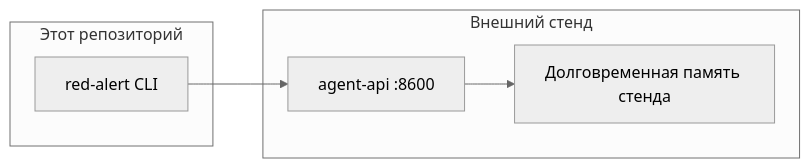
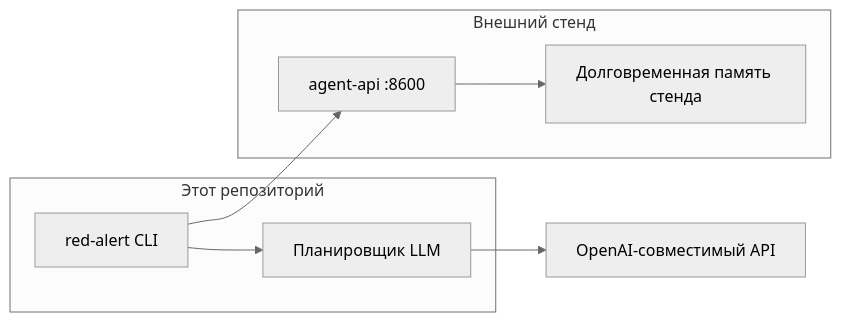
The first of 3 diagrams in ARCHITECTURE.md (catfr0g/red-alert), drawn with Mermaid (neutral theme) before and after one commit. The commit also changed other lines of this file and 36 other files, not shown here.

````diff
--- a/ARCHITECTURE.md
+++ b/ARCHITECTURE.md
@@ -5,12 +5,15 @@
 ```mermaid
 flowchart LR
-    cli[red-alert CLI] --> api["agent-api :8600"]
+    cli[red-alert CLI] --> planner[Планировщик LLM]
+    planner --> llm[OpenAI-совместимый API]
+    cli --> api["agent-api :8600"]
     api --> mem[Долговременная память стенда]
     subgraph redAlert [Этот репозиторий]
         cli
+        planner
     end
     subgraph stand [Внешний стенд]
         api
         mem
     end
 ```
````
